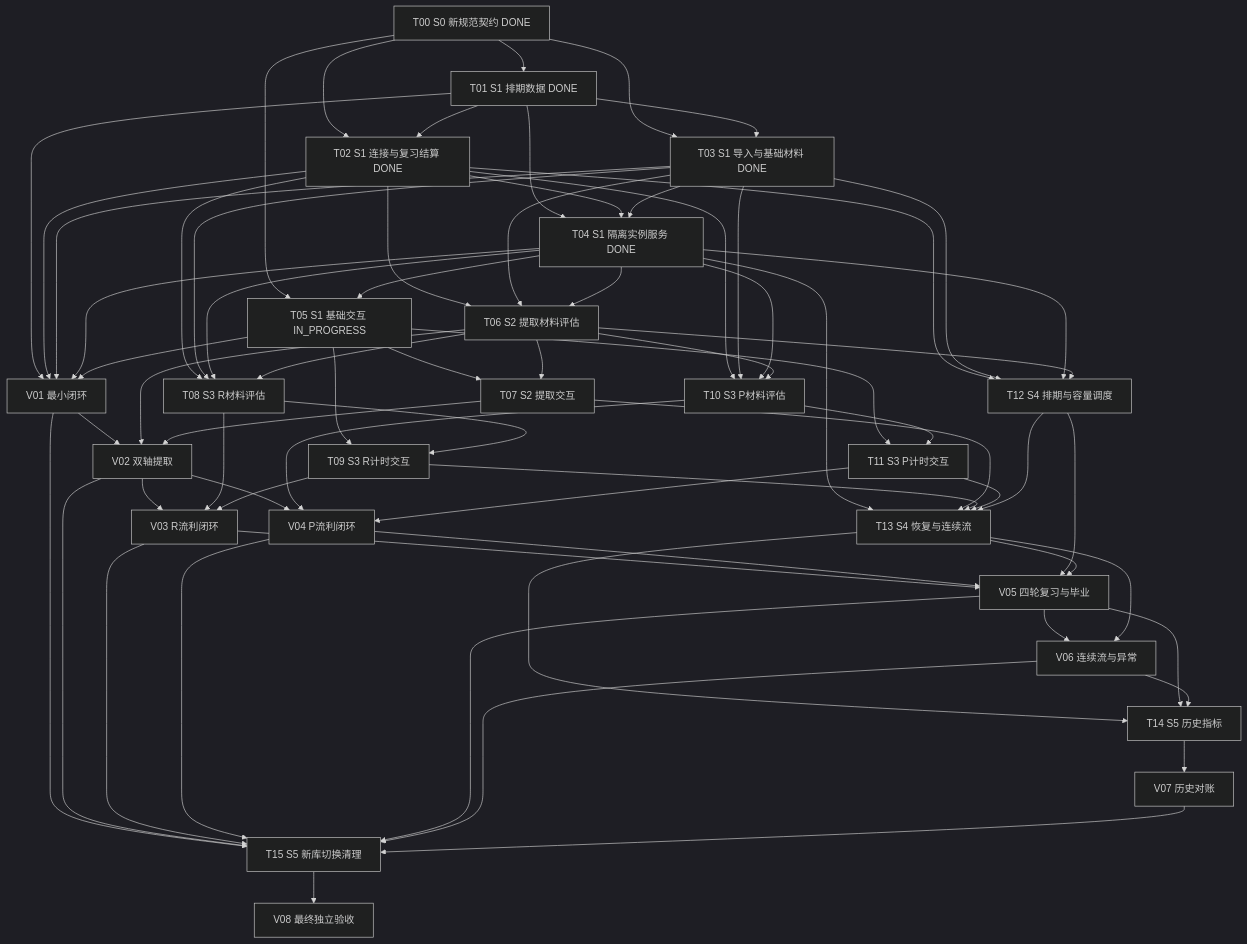
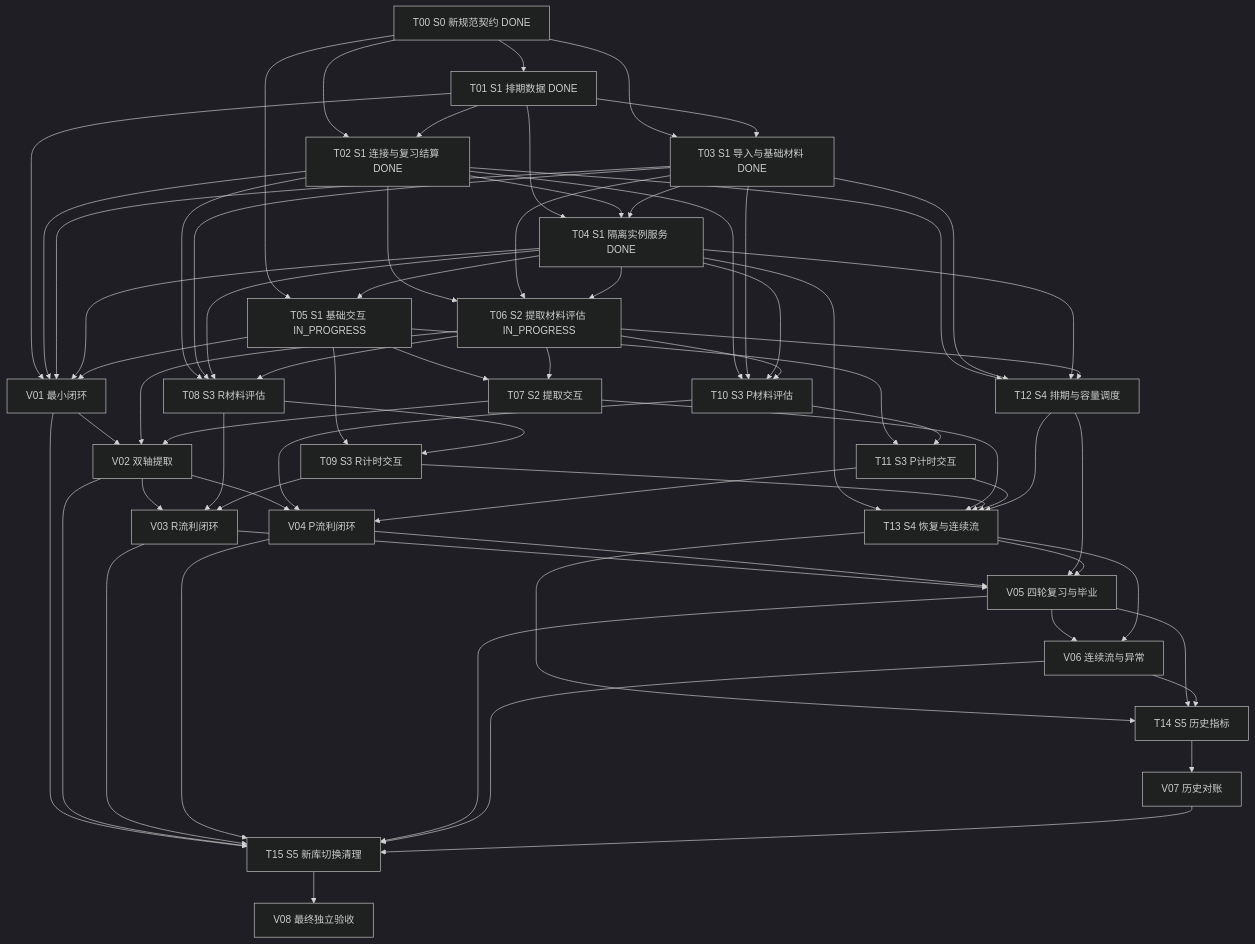
The diagram in docs/task-implementation-new-algorithm.md (logact/flow), drawn with Mermaid (dark theme) before and after one commit. The commit also changed other lines of this file and 1 other file, not shown here.

```diff
--- a/docs/task-implementation-new-algorithm.md
+++ b/docs/task-implementation-new-algorithm.md
@@ -337,7 +338,7 @@
   T04["T04 S1 隔离实例服务 DONE"]
   T05["T05 S1 基础交互 IN_PROGRESS"]
   V01["V01 最小闭环"]
-  T06["T06 S2 提取材料评估"]
+  T06["T06 S2 提取材料评估 IN_PROGRESS"]
   T07["T07 S2 提取交互"]
   V02["V02 双轴提取"]
   T08["T08 S3 R材料评估"]
```
